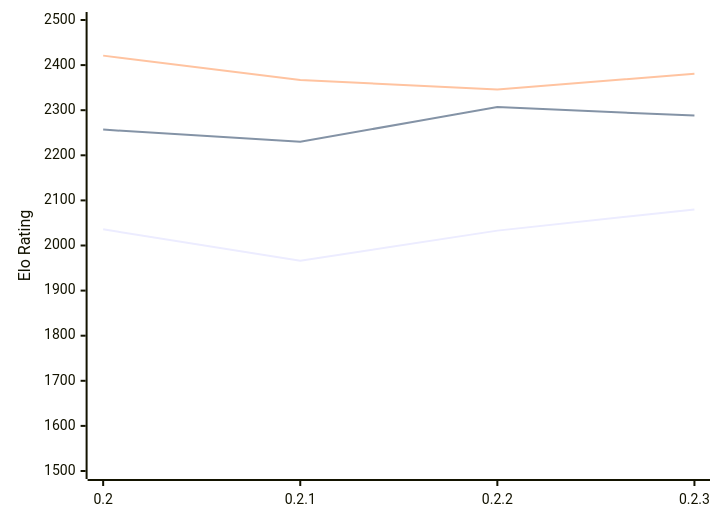
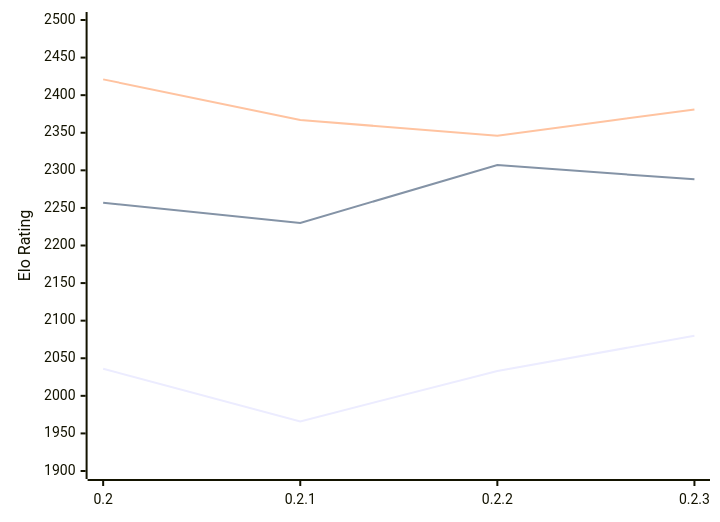
One commit to computer-chess-index/cci changed the diagram in engines/Lolbot.md. Above: the diagram before and after it, drawn with Mermaid. The commit also changed other lines of this file, not shown here.

Commit message:
Update CCI Ratings (ELO VLTC) - 2026-02-10

````diff
--- a/engines/Lolbot.md
+++ b/engines/Lolbot.md
@@ -32,9 +32,9 @@
 ```mermaid
 %%{init: {"theme":"base","themeVariables":{"seriesColors:['#a3a3a3','#222221','#faa371']}}}%%
 xychart-beta
   x-axis ["0.2", "0.2.1", "0.2.2", "0.2.3"]
-  y-axis "Elo Rating" 1500 --> 2500
+  y-axis "Elo Rating" 1900 --> 2500
   line "STC (8.0+0.08s)" [2036, 1966, 2033, 2080]
   line "LTC (60.0+0.60s)" [2257, 2230, 2307, 2288]
   line "VLTC (2m24s+1.12s)" [2421, 2367, 2346, 2381]
 ```
````
